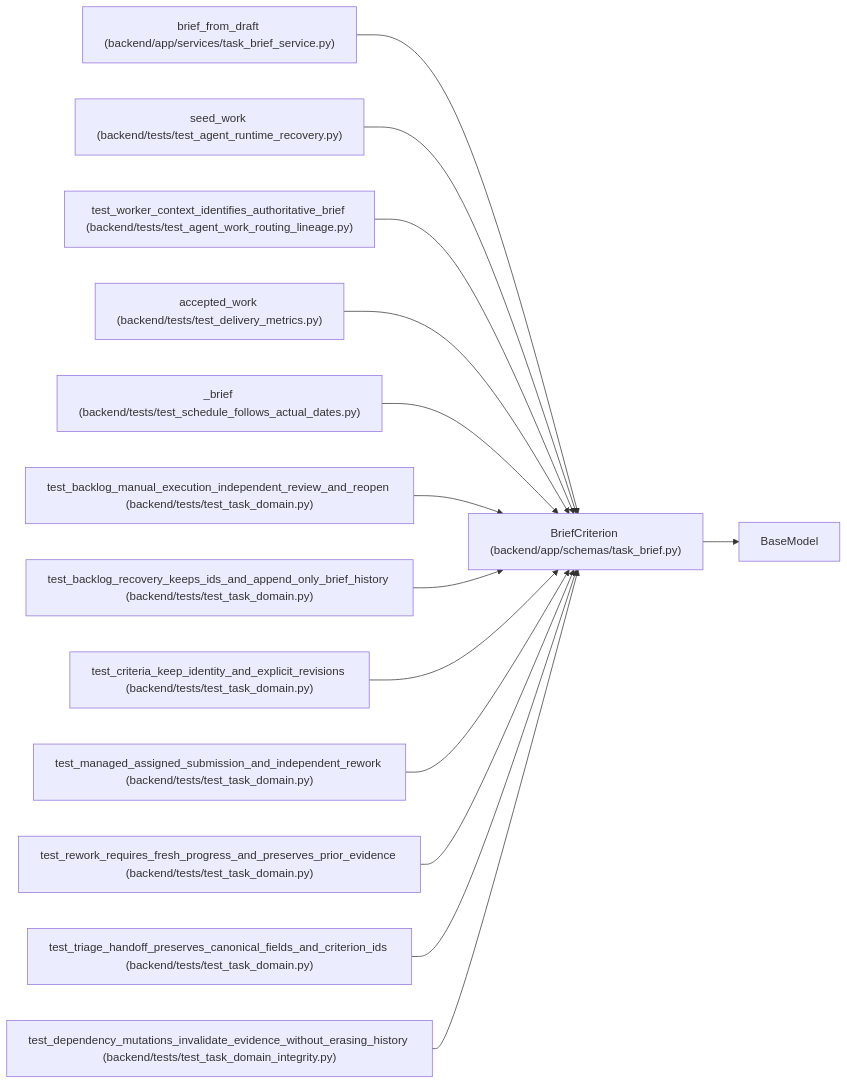
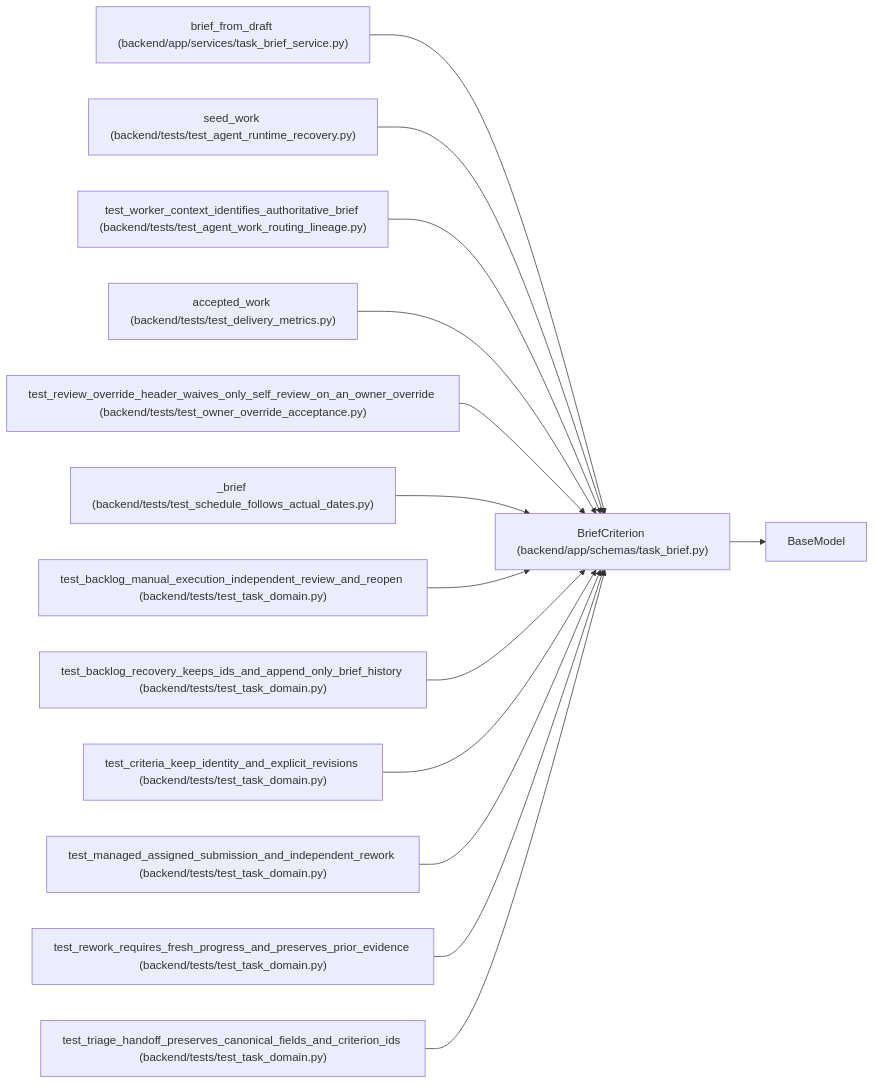
One commit to Denissvgn/WorkChord changed the diagram in docs/llm_wiki/entities/schemas_task_brief_BriefCriterion.md. Above: the diagram before and after it, drawn with Mermaid. The commit also changed other lines of this file and 672 other files, not shown here.

Commit message:
Sync the architectural wiki for owner acceptance under the different-publisher policy

````diff
--- a/docs/llm_wiki/entities/schemas_task_brief_BriefCriterion.md
+++ b/docs/llm_wiki/entities/schemas_task_brief_BriefCriterion.md
@@ -42,43 +42,43 @@
 ```mermaid
 flowchart LR
     n0["BriefCriterion (backend/app/schemas/task_brief.py)"]
     n1["BaseModel"]
     n2["brief_from_draft (backend/app/services/task_brief_service.py)"]
     n3["seed_work (backend/tests/test_agent_runtime_recovery.py)"]
     n4["test_worker_context_identifies_authoritative_brief (backend/tests/test_agent_work_routing_lineage.py)"]
     n5["accepted_work (backend/tests/test_delivery_metrics.py)"]
-    n6["_brief (backend/tests/test_schedule_follows_actual_dates.py)"]
-    n7["test_backlog_manual_execution_independent_review_and_reopen (backend/tests/test_task_domain.py)"]
-    n8["test_backlog_recovery_keeps_ids_and_append_only_brief_history (backend/tests/test_task_domain.py)"]
-    n9["test_criteria_keep_identity_and_explicit_revisions (backend/tests/test_task_domain.py)"]
-    n10["test_managed_assigned_submission_and_independent_rework (backend/tests/test_task_domain.py)"]
-    n11["test_rework_requires_fresh_progress_and_preserves_prior_evidence (backend/tests/test_task_domain.py)"]
-    n12["test_triage_handoff_preserves_canonical_fields_and_criterion_ids (backend/tests/test_task_domain.py)"]
-    n13["test_dependency_mutations_invalidate_evidence_without_erasing_history (backend/tests/test_task_domain_integrity.py)"]
+    n6["test_review_override_header_waives_only_self_review_on_an_owner_override (backend/tests/test_owner_override_acceptance.py)"]
+    n7["_brief (backend/tests/test_schedule_follows_actual_dates.py)"]
+    n8["test_backlog_manual_execution_independent_review_and_reopen (backend/tests/test_task_domain.py)"]
+    n9["test_backlog_recovery_keeps_ids_and_append_only_brief_history (backend/tests/test_task_domain.py)"]
+    n10["test_criteria_keep_identity_and_explicit_revisions (backend/tests/test_task_domain.py)"]
+    n11["test_managed_assigned_submission_and_independent_rework (backend/tests/test_task_domain.py)"]
+    n12["test_rework_requires_fresh_progress_and_preserves_prior_evidence (backend/tests/test_task_domain.py)"]
+    n13["test_triage_handoff_preserves_canonical_fields_and_criterion_ids (backend/tests/test_task_domain.py)"]
     n0 --> n1
     n2 --> n0
     n3 --> n0
     n4 --> n0
     n5 --> n0
     n6 --> n0
     n7 --> n0
     n8 --> n0
     n9 --> n0
     n10 --> n0
     n11 --> n0
     n12 --> n0
     n13 --> n0
     click n0 "../modules/schemas_task_brief.md"
     click n2 "../modules/task_brief_service.md"
     click n3 "../modules/test_agent_runtime_recovery.md"
     click n4 "../modules/test_agent_work_routing_lineage.md"
     click n5 "../modules/test_delivery_metrics.md"
-    click n6 "../modules/test_schedule_follows_actual_dates.md"
-    click n7 "../modules/test_task_domain.md"
+    click n6 "../modules/test_owner_override_acceptance.md"
+    click n7 "../modules/test_schedule_follows_actual_dates.md"
     click n8 "../modules/test_task_domain.md"
     click n9 "../modules/test_task_domain.md"
     click n10 "../modules/test_task_domain.md"
     click n11 "../modules/test_task_domain.md"
     click n12 "../modules/test_task_domain.md"
-    click n13 "../modules/test_task_domain_integrity.md"
+    click n13 "../modules/test_task_domain.md"
 ```
````
